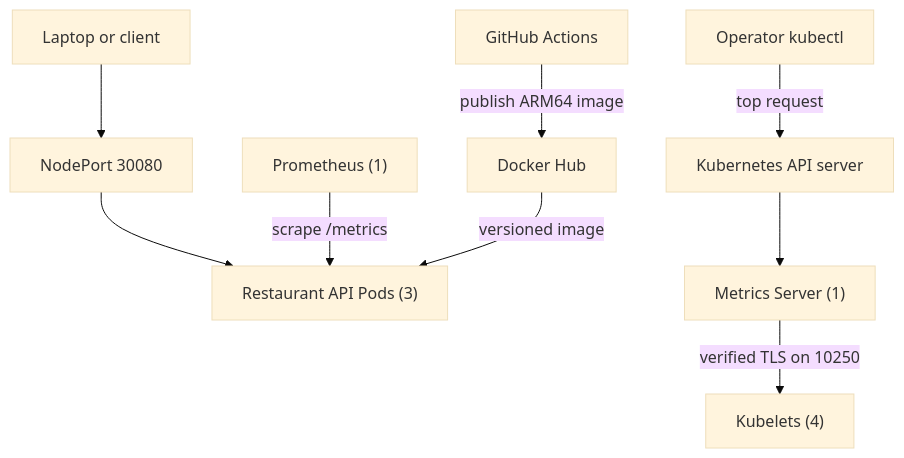
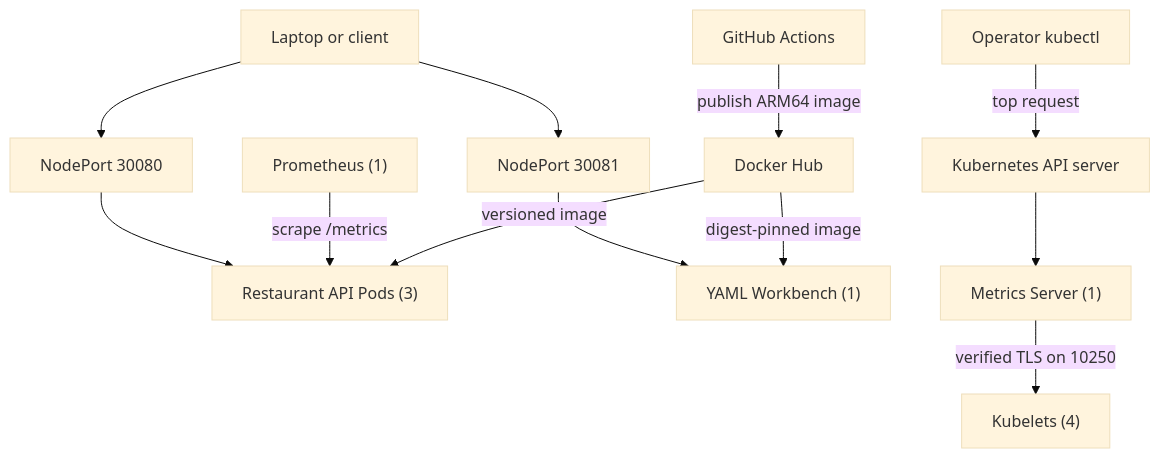
The diagram in docs/architecture.md (wmstipes/The-Foundry-Initiative), drawn with Mermaid (base theme) before and after one commit. The commit also changed other lines of this file and 7 other files, not shown here.

````diff
--- a/docs/architecture.md
+++ b/docs/architecture.md
@@ -15,11 +15,14 @@
 ```mermaid
 flowchart TD
     Client["Laptop or client"] --> NodePort["NodePort 30080"]
+    Client --> WorkbenchPort["NodePort 30081"]
     NodePort --> API["Restaurant API Pods (3)"]
+    WorkbenchPort --> Workbench["YAML Workbench (1)"]
     Prometheus["Prometheus (1)"] -->|scrape /metrics| API
     Operator["Operator kubectl"] -->|top request| APIServer["Kubernetes API server"]
     APIServer --> MetricsServer["Metrics Server (1)"]
     MetricsServer -->|verified TLS on 10250| Kubelets["Kubelets (4)"]
     Actions["GitHub Actions"] -->|publish ARM64 image| Registry["Docker Hub"]
     Registry -->|versioned image| API
+    Registry -->|digest-pinned image| Workbench
 ```
````
